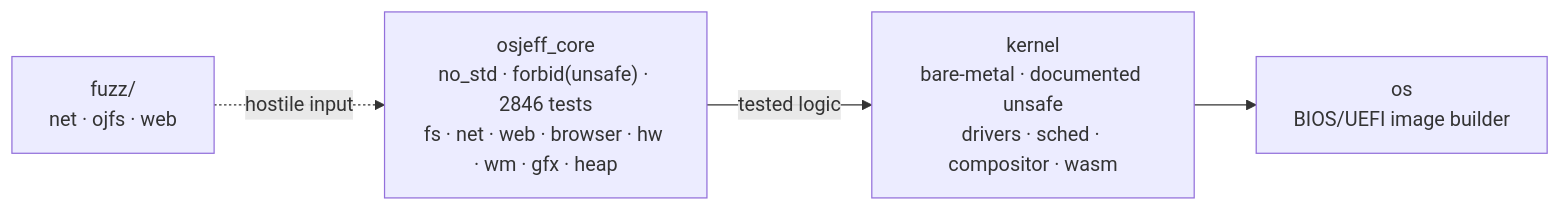
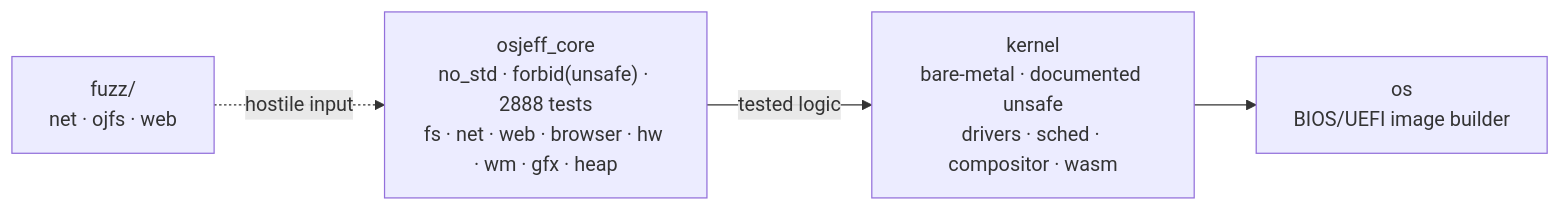
The diagram in README.en.md (Jeffinp/OSjeff), drawn with Mermaid before and after one commit. The commit also changed other lines of this file and 3 other files, not shown here.

````diff
--- a/README.en.md
+++ b/README.en.md
@@ -101,9 +101,9 @@
 ```mermaid
 flowchart LR
-    CORE["osjeff_core<br/>no_std · forbid(unsafe) · 2846 tests<br/>fs · net · web · browser · hw · wm · gfx · heap"]
+    CORE["osjeff_core<br/>no_std · forbid(unsafe) · 2888 tests<br/>fs · net · web · browser · hw · wm · gfx · heap"]
     KERNEL["kernel<br/>bare-metal · documented unsafe<br/>drivers · sched · compositor · wasm"]
     OS["os<br/>BIOS/UEFI image builder"]
     FUZZ["fuzz/<br/>net · ojfs · web"]
     CORE -->|tested logic| KERNEL --> OS
     FUZZ -.->|hostile input| CORE
 ```
````
